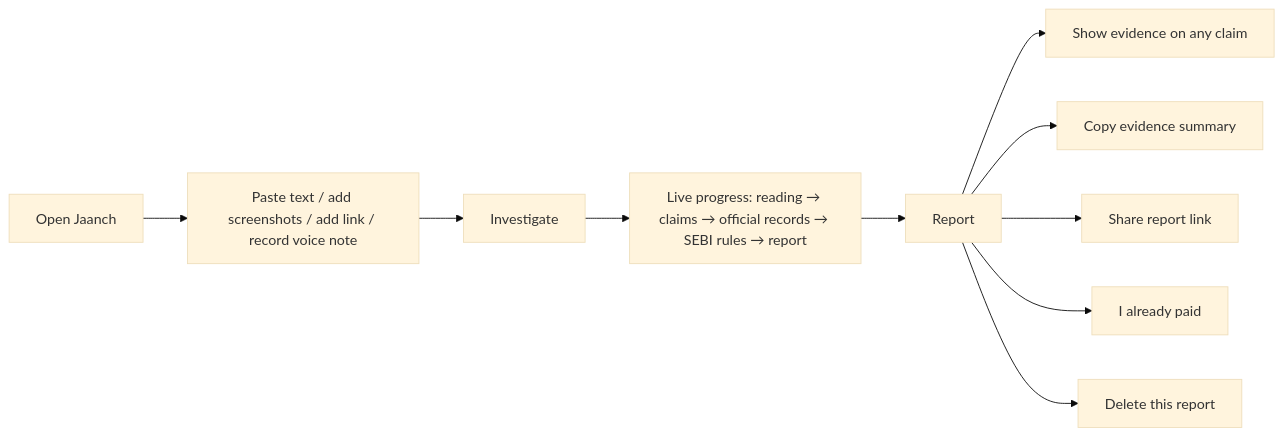
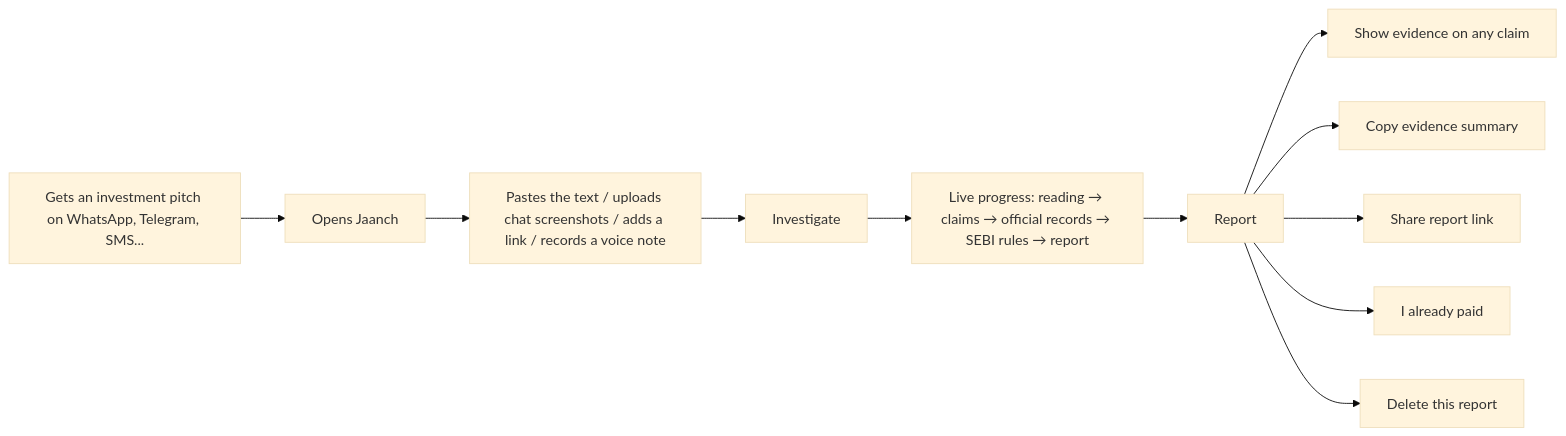
One commit to Anushika06/Jaanch changed the diagram in docs/user-workflow.md. Above: the diagram before and after it, drawn with Mermaid (base theme). The commit also changed other lines of this file and 21 other files, not shown here.

````diff
--- a/docs/user-workflow.md
+++ b/docs/user-workflow.md
@@ -81,12 +8,13 @@
 ```mermaid
 flowchart LR
-  A[Open Jaanch] --> B[Paste text / add screenshots / add link / record voice note]
-  B --> C[Investigate]
-  C --> D[Live progress: reading → claims → official records → SEBI rules → report]
-  D --> E[Report]
-  E --> F[Show evidence on any claim]
-  E --> G[Copy evidence summary]
-  E --> H[Share report link]
-  E --> I[I already paid]
-  E --> J[Delete this report]
+  A[Gets an investment pitch on WhatsApp, Telegram, SMS...] --> B[Opens Jaanch]
+  B --> C[Pastes the text / uploads chat screenshots / adds a link / records a voice note]
+  C --> D[Investigate]
+  D --> E[Live progress: reading → claims → official records → SEBI rules → report]
+  E --> F[Report]
+  F --> G[Show evidence on any claim]
+  F --> H[Copy evidence summary]
+  F --> I[Share report link]
+  F --> J[I already paid]
+  F --> K[Delete this report]
 ```
````
